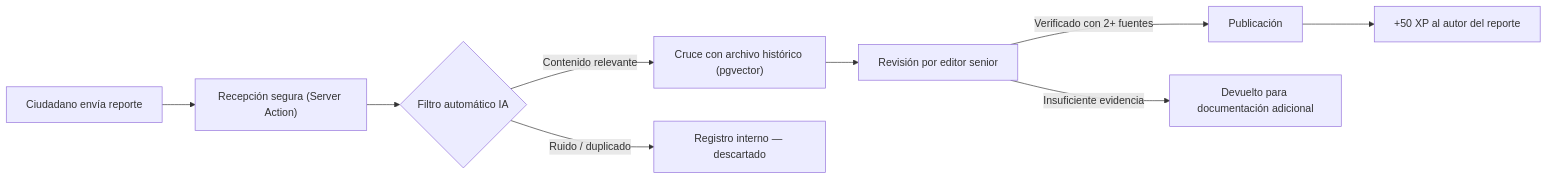
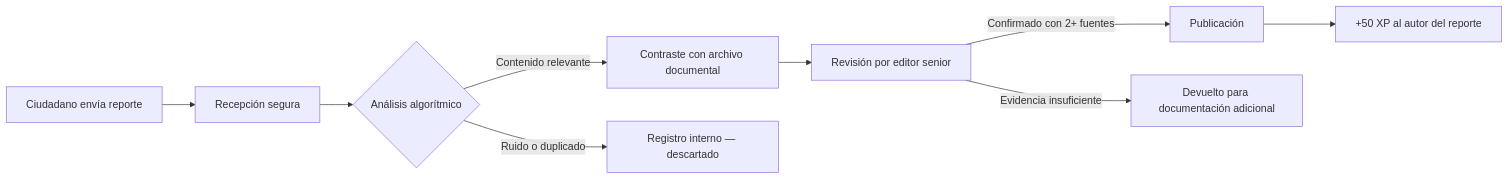
One commit to LuisSambrano/libertad-showcase changed the second of 2 diagrams in README.md. Above: the diagram before and after it, drawn with Mermaid. The commit also changed other lines of this file, not shown here.

````diff
--- a/README.md
+++ b/README.md
@@ -126,11 +135,11 @@
 ```mermaid
 flowchart LR
-    A["Ciudadano envía reporte"] --> B["Recepción segura (Server Action)"]
-    B --> C{"Filtro automático IA"}
-    C -->|"Contenido relevante"| D["Cruce con archivo histórico (pgvector)"]
-    C -->|"Ruido / duplicado"| E["Registro interno — descartado"]
+    A["Ciudadano envía reporte"] --> B["Recepción segura"]
+    B --> C{"Análisis algorítmico"}
+    C -->|"Contenido relevante"| D["Contraste con archivo documental"]
+    C -->|"Ruido o duplicado"| E["Registro interno — descartado"]
     D --> F["Revisión por editor senior"]
-    F -->|"Verificado con 2+ fuentes"| G["Publicación"]
-    F -->|"Insuficiente evidencia"| H["Devuelto para documentación adicional"]
+    F -->|"Confirmado con 2+ fuentes"| G["Publicación"]
+    F -->|"Evidencia insuficiente"| H["Devuelto para documentación adicional"]
     G --> I["+50 XP al autor del reporte"]
 ```
````
